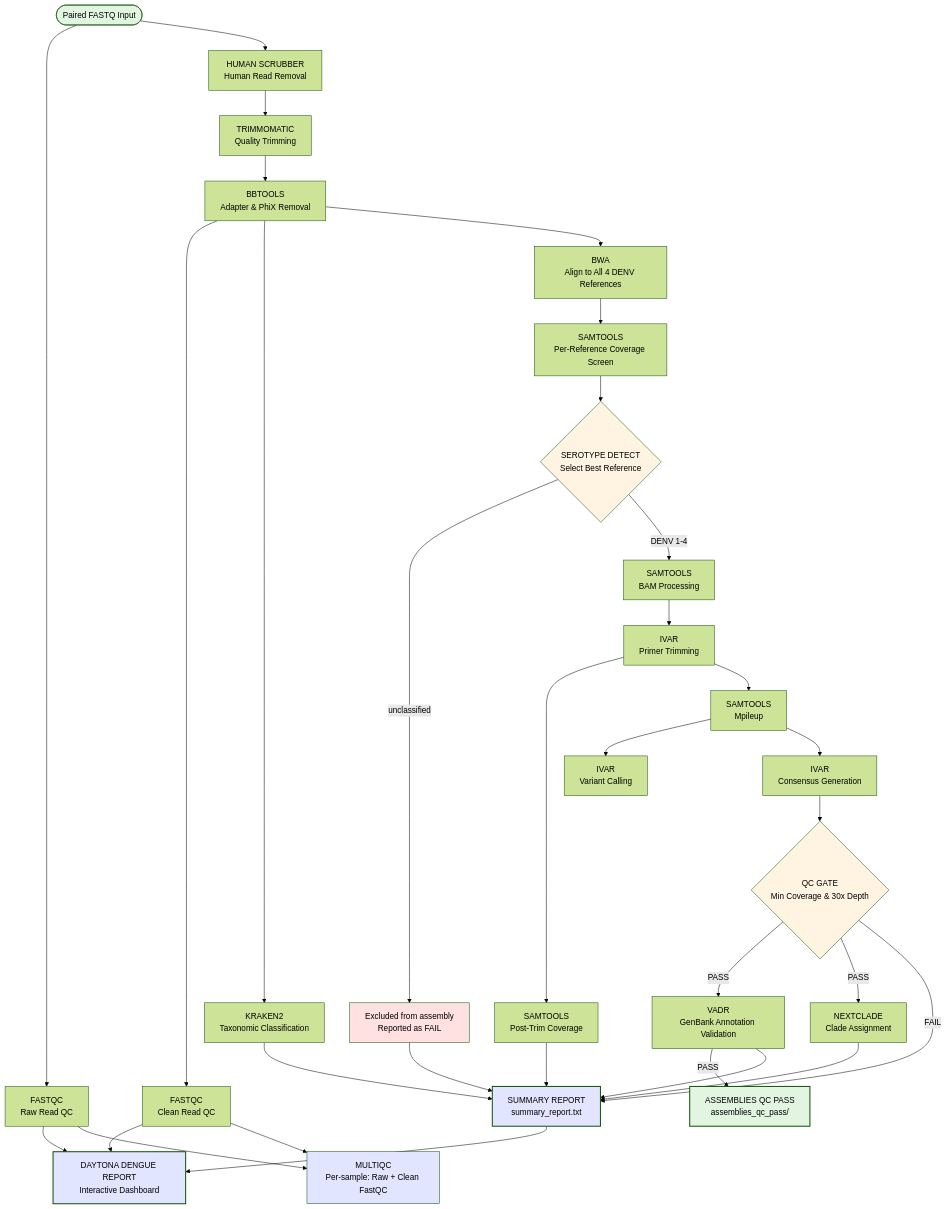
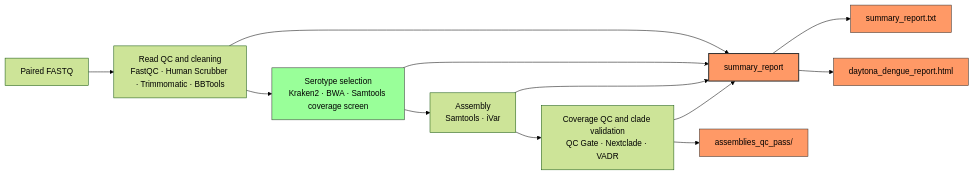
The diagram in README.md (BPHL-Molecular/Daytona_dengue), drawn with Mermaid (forest theme) before and after one commit.

Commit message:
Simplify the README workflow diagram into pipeline-stage categories

````diff
--- a/README.md
+++ b/README.md
@@ -94,43 +94,22 @@
 ```mermaid
-flowchart TD
-    A([Paired FASTQ Input]) --> B[FASTQC<br/>Raw Read QC]
-    A --> C[HUMAN SCRUBBER<br/>Human Read Removal]
-    C --> D[TRIMMOMATIC<br/>Quality Trimming]
-    D --> E[BBTOOLS<br/>Adapter & PhiX Removal]
-    E --> F[FASTQC<br/>Clean Read QC]
-    E --> H[KRAKEN2<br/>Taxonomic Classification]
-    E --> I[BWA<br/>Align to All 4 DENV References]
-    I --> J[SAMTOOLS<br/>Per-Reference Coverage Screen]
-    J --> K{SEROTYPE DETECT<br/>Select Best Reference}
-    K -->|unclassified| L[Excluded from assembly<br/>Reported as FAIL]
-    K -->|DENV 1-4| M[SAMTOOLS<br/>BAM Processing]
-    M --> N[IVAR<br/>Primer Trimming]
-    N --> O[SAMTOOLS<br/>Post-Trim Coverage]
-    N --> P[SAMTOOLS<br/>Mpileup]
-    P --> Q[IVAR<br/>Variant Calling]
-    P --> R[IVAR<br/>Consensus Generation]
-    R --> S{QC GATE<br/>Min Coverage & 30x Depth}
-    S -->|PASS| T[VADR<br/>GenBank Annotation Validation]
-    S -->|PASS| U[NEXTCLADE<br/>Clade Assignment]
-    S -->|FAIL| V[SUMMARY REPORT<br/>summary_report.txt]
-    T -->|PASS| W[ASSEMBLIES QC PASS<br/>assemblies_qc_pass/]
-    T --> V
-    U --> V
-    H --> V
-    O --> V
-    L --> V
-    V --> G[DAYTONA DENGUE REPORT<br/>Interactive Dashboard]
-    B --> G
-    F --> G
-    B --> SM[MULTIQC<br/>Per-sample: Raw + Clean FastQC]
-    F --> SM
+flowchart LR
+    IN[Paired FASTQ] --> QC["Read QC and cleaning<br/>FastQC · Human Scrubber · Trimmomatic · BBTools"]
+    QC --> SER["Serotype selection<br/>Kraken2 · BWA · Samtools coverage screen"]
+    SER --> ASM["Assembly<br/>Samtools · iVar"]
+    ASM --> VAL["Coverage QC and clade validation<br/>QC Gate · Nextclade · VADR"]
 
-    style A fill:#e1f5e1,color:#000
-    style K fill:#fff4e1,color:#000
-    style S fill:#fff4e1,color:#000
-    style L fill:#ffe1e1,color:#000
-    style V fill:#e1e5ff,color:#000,stroke-width:2px
-    style W fill:#e1f5e1,color:#000,stroke-width:2px
-    style G fill:#e1e5ff,color:#000,stroke-width:2px
-    style SM fill:#e1e5ff,color:#000
+    QC --> REP[summary_report]
+    SER --> REP
+    ASM --> REP
+    VAL --> REP
+
+    VAL --> AQP[assemblies_qc_pass/]
+    REP --> OUT[summary_report.txt]
+    REP --> DASH[daytona_dengue_report.html]
+
+    style SER fill:#9f9,stroke:#333,color:#000
+    style REP fill:#f96,stroke:#333,stroke-width:2px,color:#000
+    style OUT fill:#f96,stroke:#333,color:#000
+    style DASH fill:#f96,stroke:#333,color:#000
+    style AQP fill:#f96,stroke:#333,color:#000
 ```
````
